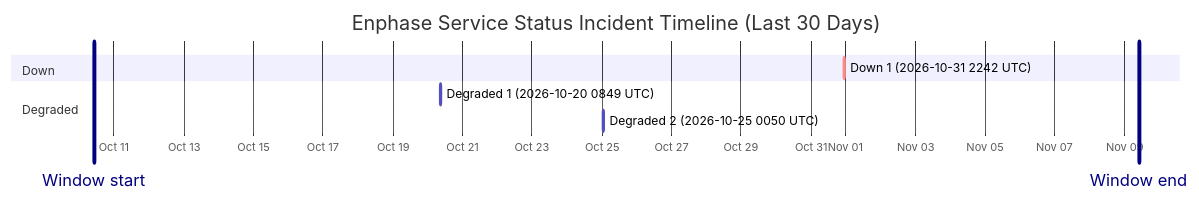
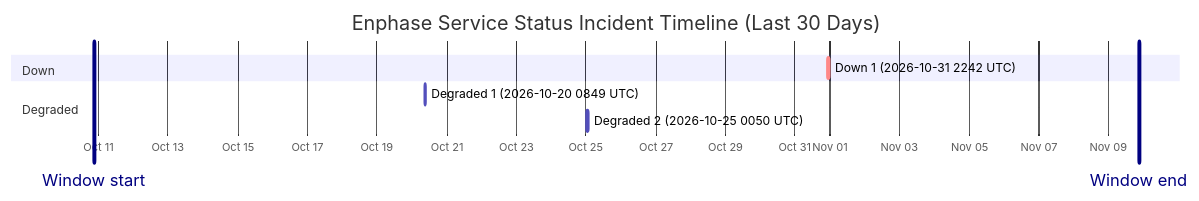
The diagram in wiki/Service-Status-History.md (barneyonline/ha-enphase-energy), drawn with Mermaid before and after one commit. The commit also changed other lines of this file and 3 other files, not shown here.

````diff
--- a/wiki/Service-Status-History.md
+++ b/wiki/Service-Status-History.md
@@ -14,13 +14,13 @@
 ```mermaid
 gantt
     title Enphase Service Status Incident Timeline (Last 30 Days)
     dateFormat  YYYY-MM-DDTHH:mm:ss
     axisFormat  %b %d
-    Window start :vert, window-start, 2026-10-10T10:03:34, 0ms
-    Window end :vert, window-end, 2026-11-09T10:03:34, 0ms
+    Window start :vert, window-start, 2026-10-10T20:56:18, 0ms
+    Window end :vert, window-end, 2026-11-09T20:56:18, 0ms
     section Down
     Down 1 (2026-10-31 2242 UTC) :crit, down-1, 2026-10-31T22:42:18, 60m
     section Degraded
     Degraded 1 (2026-10-20 0849 UTC) :active, degraded-1, 2026-10-20T08:49:49, 60m
     Degraded 2 (2026-10-25 0050 UTC) :active, degraded-2, 2026-10-25T00:50:01, 60m
 ```
````
